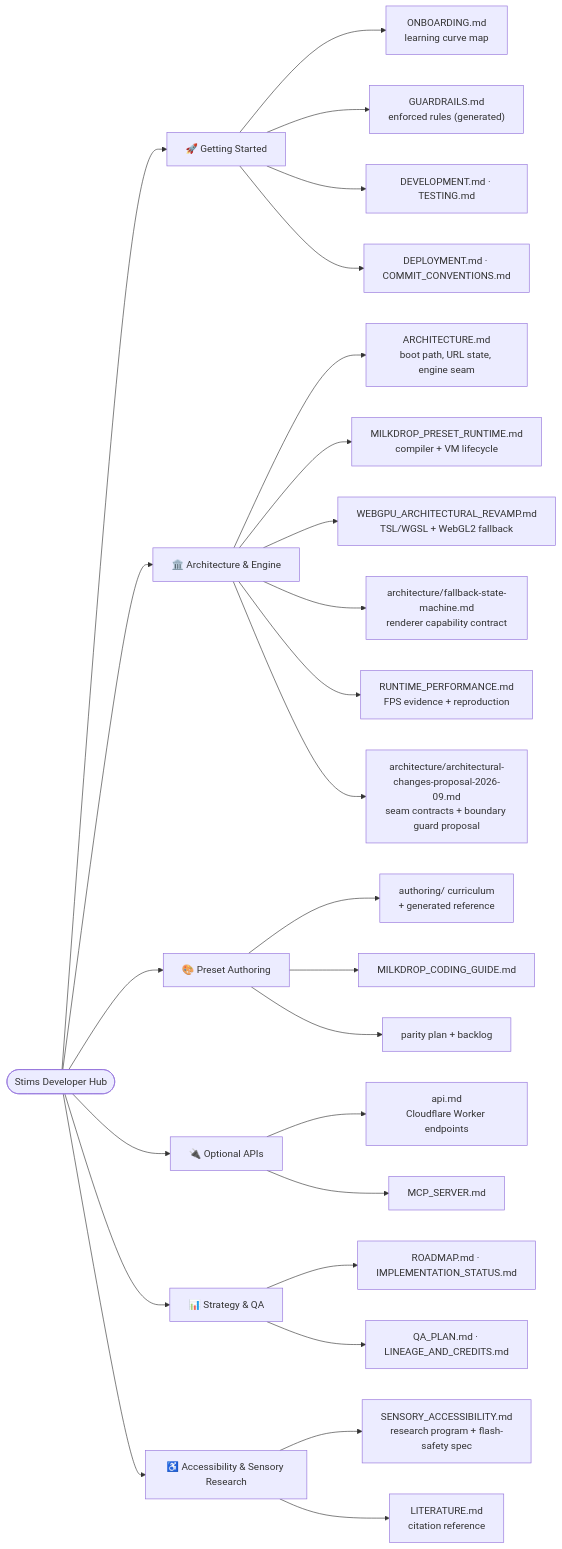
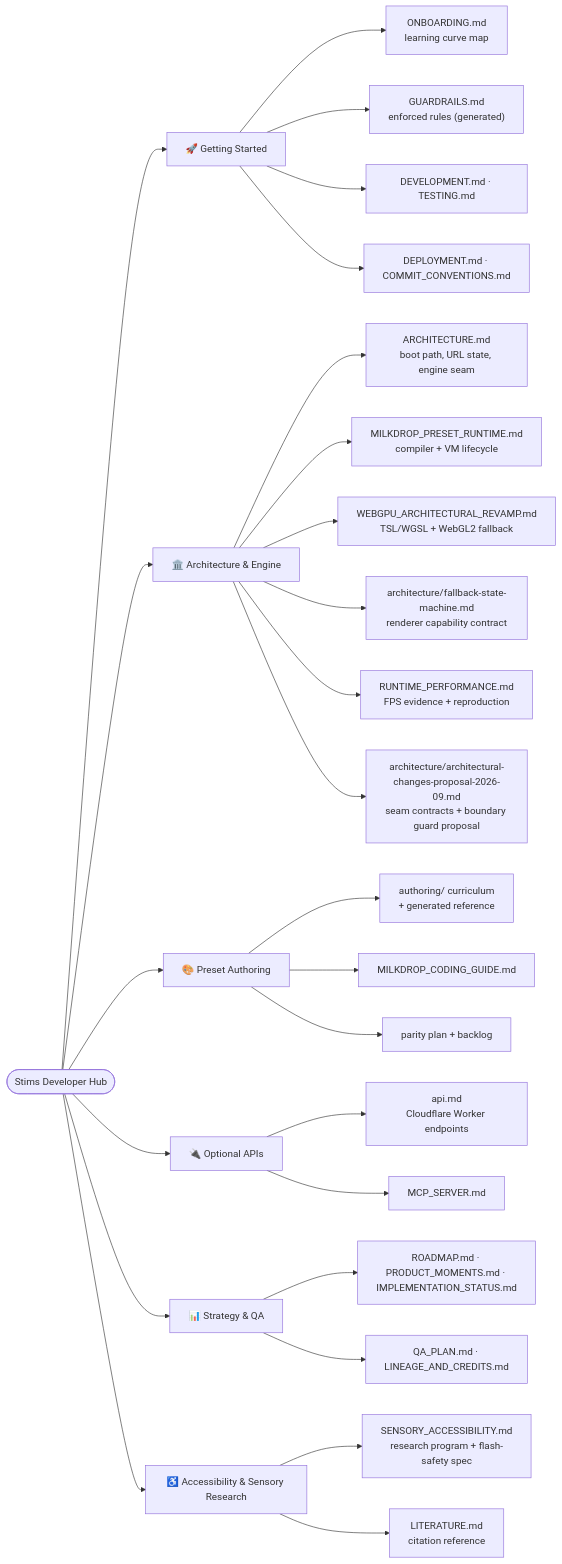
One commit to zz-plant/stims changed the diagram in docs/README.md. Above: the diagram before and after it, drawn with Mermaid. The commit also changed other lines of this file and 3 other files, not shown here.

````diff
--- a/docs/README.md
+++ b/docs/README.md
@@ -11,36 +11,36 @@
 ```mermaid
 flowchart LR
   Start(["Stims Developer Hub"])
 
   Start --> GS["🚀 Getting Started"]
   Start --> Arch["🏛️ Architecture & Engine"]
   Start --> Preset["🎨 Preset Authoring"]
   Start --> API["🔌 Optional APIs"]
   Start --> Strat["📊 Strategy & QA"]
   Start --> Access["♿ Accessibility & Sensory Research"]
 
   GS --> GS0["ONBOARDING.md<br/>learning curve map"]
   GS --> GS3["GUARDRAILS.md<br/>enforced rules (generated)"]
   GS --> GS1["DEVELOPMENT.md · TESTING.md"]
   GS --> GS2["DEPLOYMENT.md · COMMIT_CONVENTIONS.md"]
 
   Arch --> A1["ARCHITECTURE.md<br/>boot path, URL state, engine seam"]
   Arch --> A2["MILKDROP_PRESET_RUNTIME.md<br/>compiler + VM lifecycle"]
   Arch --> A3["WEBGPU_ARCHITECTURAL_REVAMP.md<br/>TSL/WGSL + WebGL2 fallback"]
   Arch --> A4["architecture/fallback-state-machine.md<br/>renderer capability contract"]
   Arch --> A5["RUNTIME_PERFORMANCE.md<br/>FPS evidence + reproduction"]
   Arch --> A6["architecture/architectural-changes-proposal-2026-09.md<br/>seam contracts + boundary guard proposal"]
 
   Preset --> P0["authoring/ curriculum<br/>+ generated reference"]
   Preset --> P1["MILKDROP_CODING_GUIDE.md"]
   Preset --> P2["parity plan + backlog"]
 
   API --> E1["api.md<br/>Cloudflare Worker endpoints"]
   API --> E2["MCP_SERVER.md"]
 
   Access --> AC1["SENSORY_ACCESSIBILITY.md<br/>research program + flash-safety spec"]
   Access --> AC2["LITERATURE.md<br/>citation reference"]
 
-  Strat --> S1["ROADMAP.md · IMPLEMENTATION_STATUS.md"]
+  Strat --> S1["ROADMAP.md · PRODUCT_MOMENTS.md · IMPLEMENTATION_STATUS.md"]
   Strat --> S2["QA_PLAN.md · LINEAGE_AND_CREDITS.md"]
 ```
````
